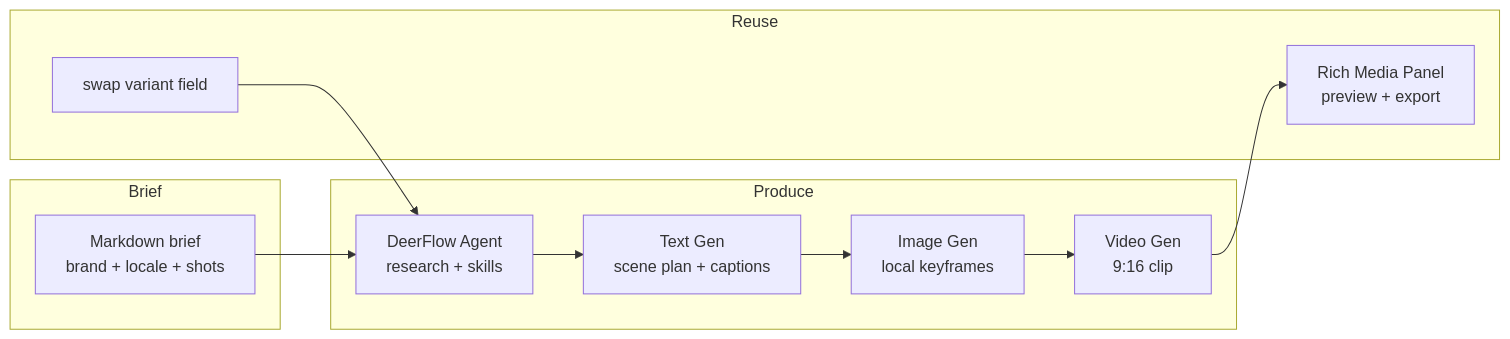
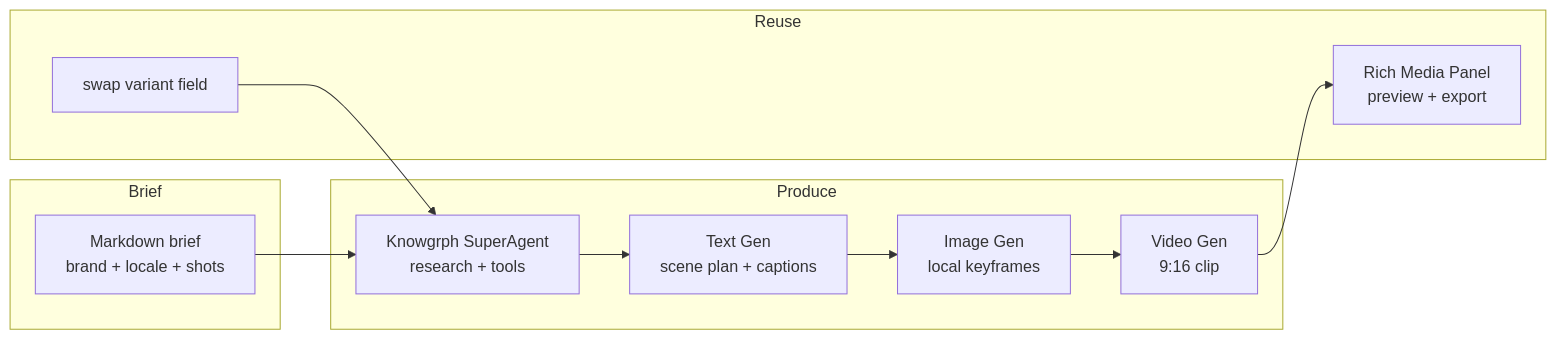
The first of 2 diagrams in docs/knowgrph-rich-media-canvas-readme.md (huijoohwee/huijoohwee), drawn with Mermaid before and after one commit. The commit also changed other lines of this file and 1127 other files, not shown here.

Commit message:
build: publish knowgrph agent commerce deployment

````diff
--- a/docs/knowgrph-rich-media-canvas-readme.md
+++ b/docs/knowgrph-rich-media-canvas-readme.md
@@ -1168,16 +1168,16 @@
 ```mermaid
 flowchart LR
   subgraph Brief
     MD["Markdown brief\nbrand + locale + shots"]
   end
   subgraph Produce
-    MD --> DF["DeerFlow Agent\nresearch + skills"]
-    DF --> TG["Text Gen\nscene plan + captions"]
+    MD --> SA["Knowgrph SuperAgent\nresearch + tools"]
+    SA --> TG["Text Gen\nscene plan + captions"]
     TG --> IG["Image Gen\nlocal keyframes"]
     IG --> VG["Video Gen\n9:16 clip"]
   end
   subgraph Reuse
     VG --> RMP["Rich Media Panel\npreview + export"]
-    SWAP["swap variant field"] --> DF
+    SWAP["swap variant field"] --> SA
   end
 ```
````
